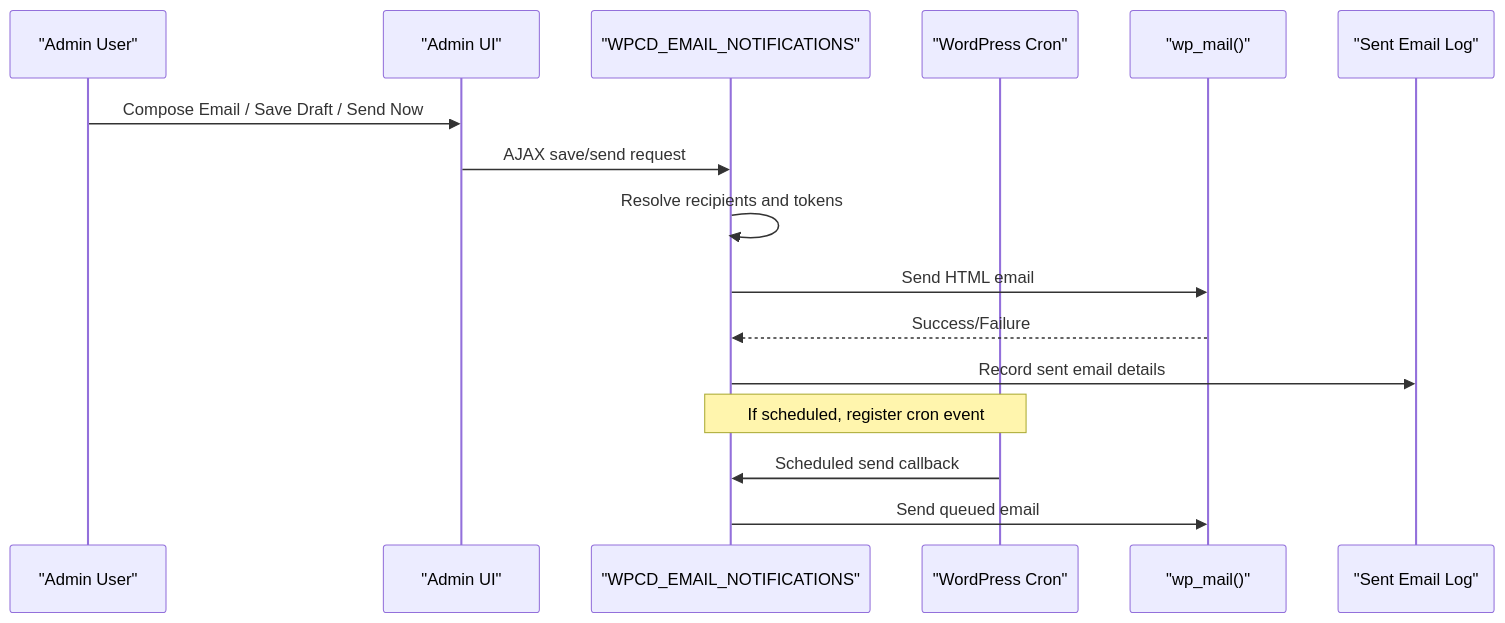
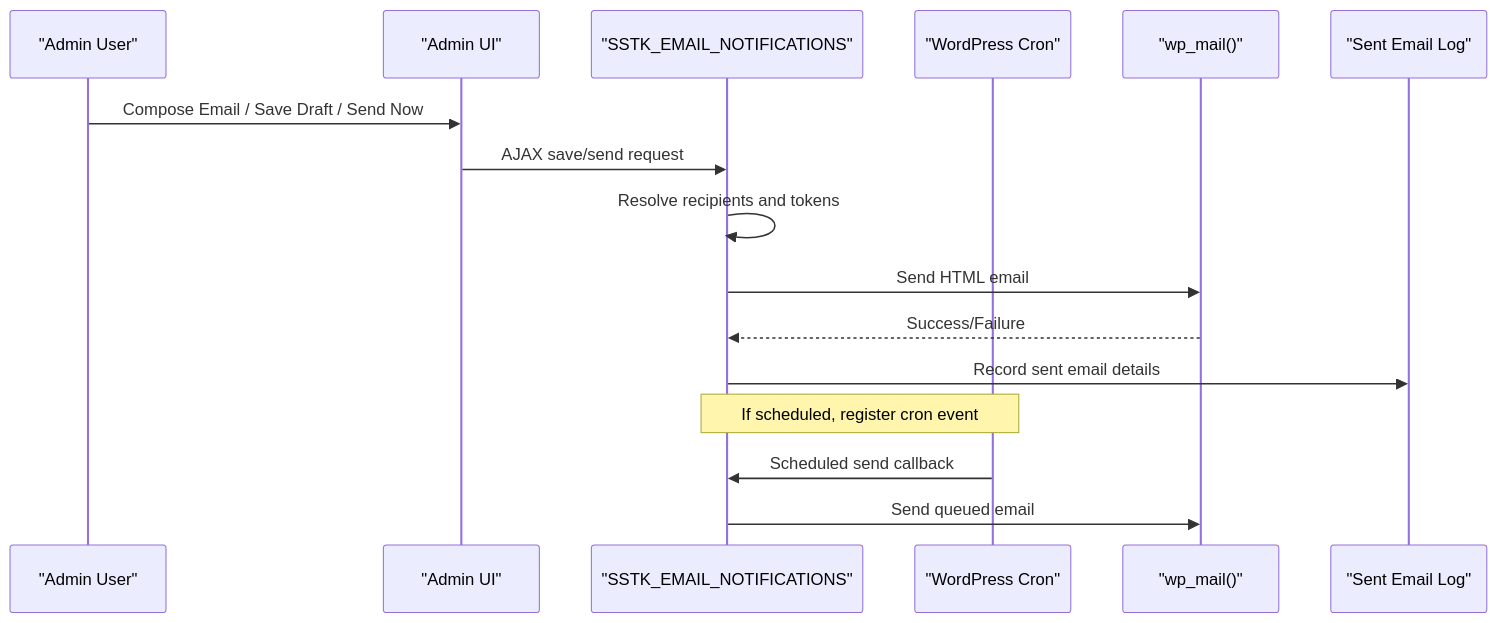
Before and after one commit to onedogsolutions/simple-stack: the second of 5 diagrams in .qoder/repowiki/en/content/Logging & Monitoring/Email Notification System.md, drawn with Mermaid. The commit also changed other lines of this file and 5941 other files, not shown here.

````diff
--- a/.qoder/repowiki/en/content/Logging & Monitoring/Email Notification System.md
+++ b/.qoder/repowiki/en/content/Logging & Monitoring/Email Notification System.md
@@ -91,18 +91,18 @@
 ```mermaid
 sequenceDiagram
 participant Admin as "Admin User"
 participant UI as "Admin UI"
-participant EN as "WPCD_EMAIL_NOTIFICATIONS"
+participant EN as "SSTK_EMAIL_NOTIFICATIONS"
 participant WP as "WordPress Cron"
 participant Mail as "wp_mail()"
 participant Log as "Sent Email Log"
 Admin->>UI : Compose Email / Save Draft / Send Now
 UI->>EN : AJAX save/send request
 EN->>EN : Resolve recipients and tokens
 EN->>Mail : Send HTML email
 Mail-->>EN : Success/Failure
 EN->>Log : Record sent email details
 Note over EN,WP : If scheduled, register cron event
 WP->>EN : Scheduled send callback
 EN->>Mail : Send queued email
 ```
````
